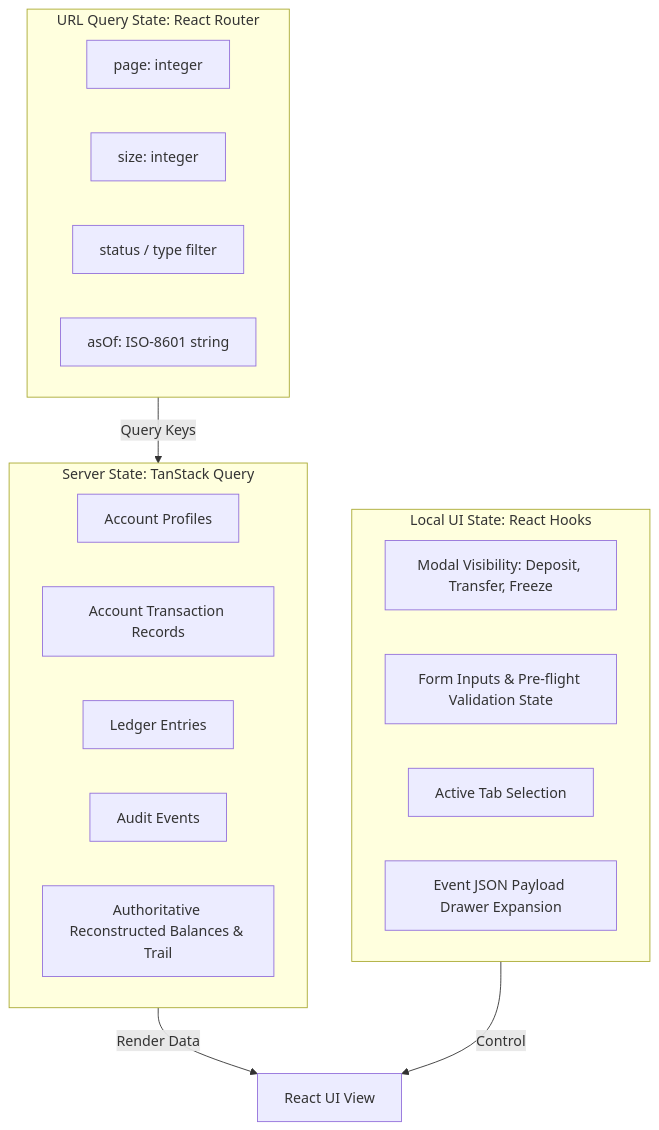
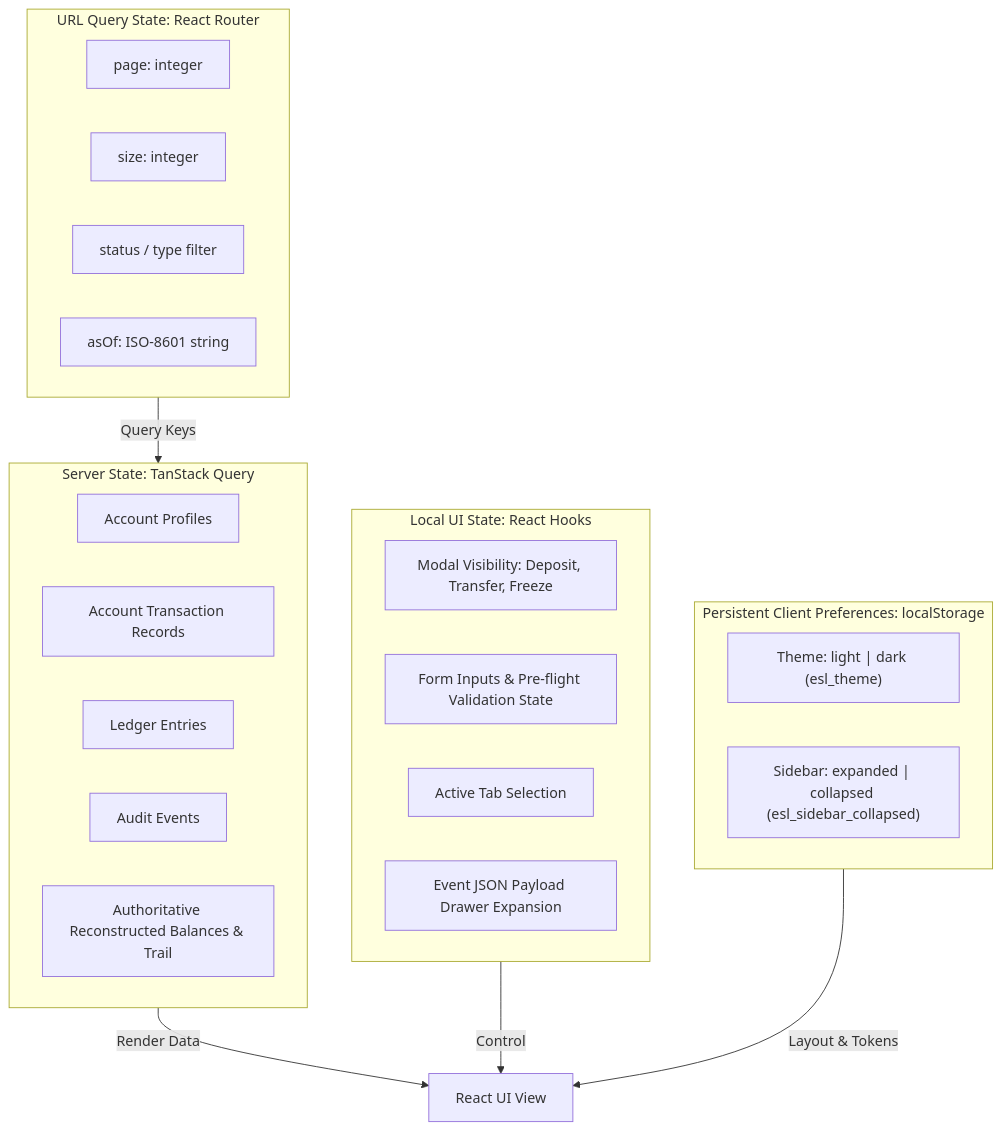
Before and after one commit to Sushant-813/event-sourced-ledger: the second of 8 diagrams in docs/FRONTEND_ARCHITECTURE.md, drawn with Mermaid. The commit also changed other lines of this file and 59 other files, not shown here.

````diff
--- a/docs/FRONTEND_ARCHITECTURE.md
+++ b/docs/FRONTEND_ARCHITECTURE.md
@@ -202,28 +214,34 @@
 ```mermaid
 graph TD
     subgraph Server_State [Server State: TanStack Query]
         acc[Account Profiles]
         tx[Account Transaction Records]
         ledg[Ledger Entries]
         ev[Audit Events]
         bal[Authoritative Reconstructed Balances & Trail]
     end
 
     subgraph URL_State [URL Query State: React Router]
         pg[page: integer]
         sz[size: integer]
         st[status / type filter]
         asOf[asOf: ISO-8601 string]
     end
 
+    subgraph Persistent_Client_State [Persistent Client Preferences: localStorage]
+        thm["Theme: light | dark (esl_theme)"]
+        sbar["Sidebar: expanded | collapsed (esl_sidebar_collapsed)"]
+    end
+
     subgraph Local_UI_State [Local UI State: React Hooks]
         mod[Modal Visibility: Deposit, Transfer, Freeze]
         form[Form Inputs & Pre-flight Validation State]
         tab[Active Tab Selection]
         exp[Event JSON Payload Drawer Expansion]
     end
 
     URL_State -->|Query Keys| Server_State
     Server_State -->|Render Data| UI_View[React UI View]
     Local_UI_State -->|Control| UI_View
+    Persistent_Client_State -->|Layout & Tokens| UI_View
 ```
````
